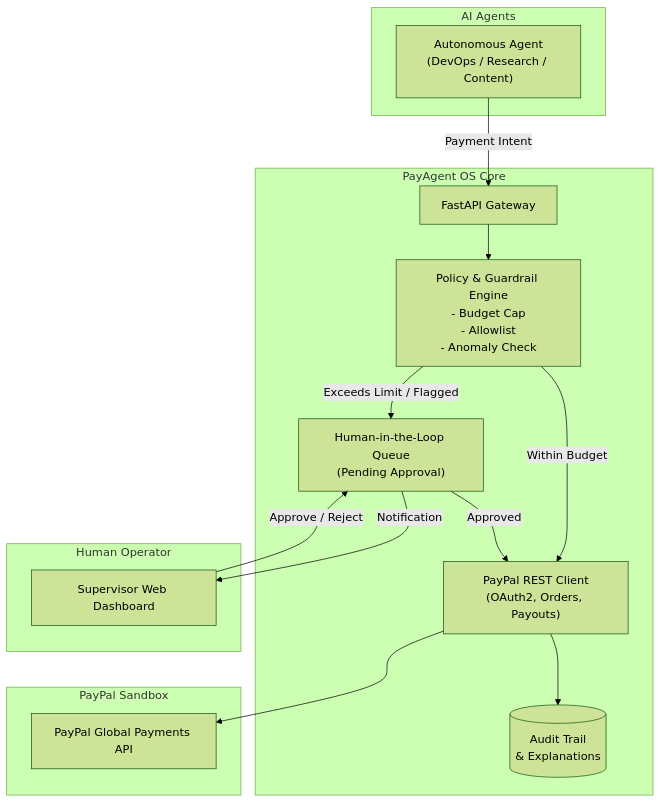
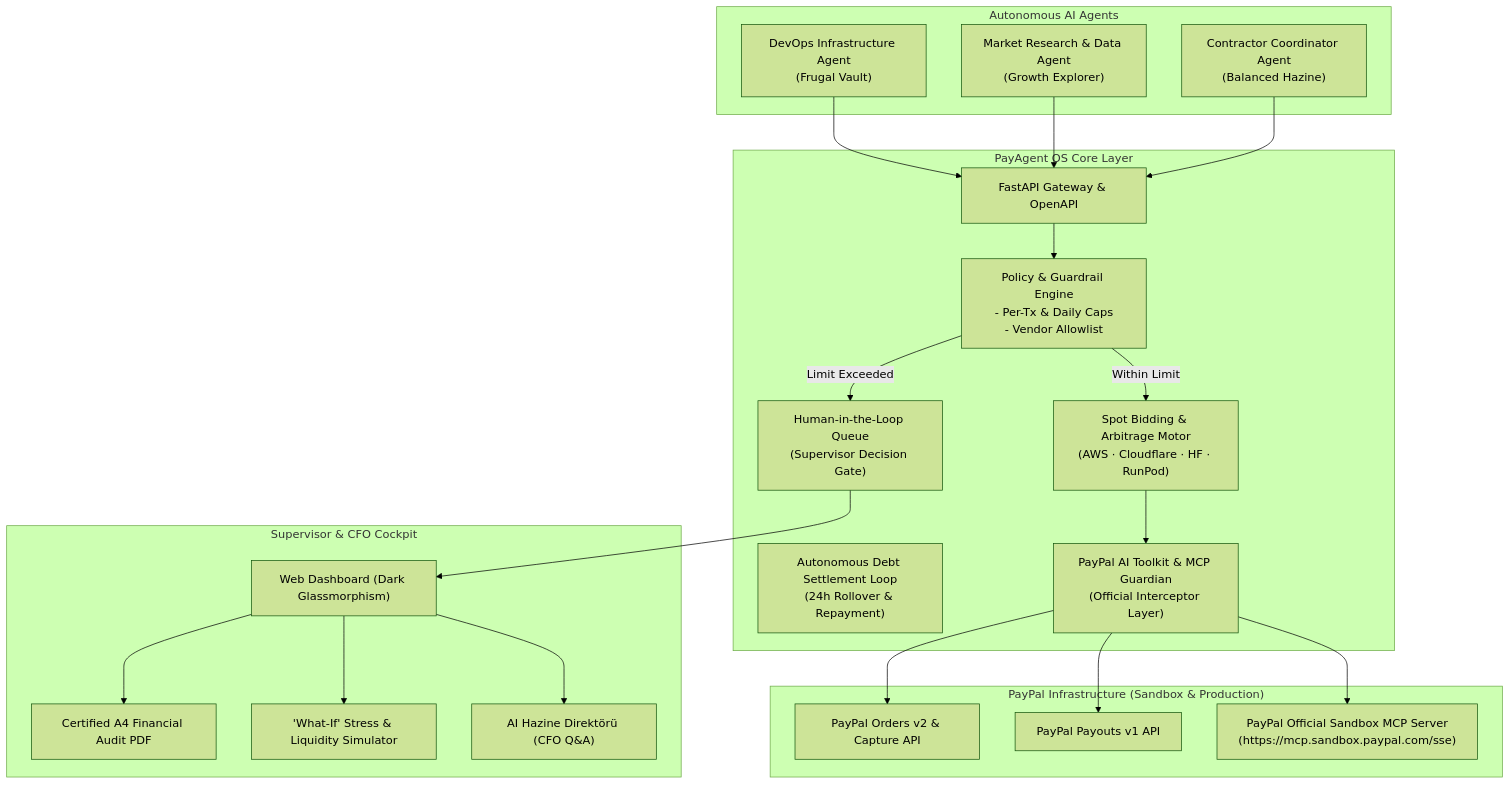
One commit to blosny/payagent-os changed the diagram in README.md. Above: the diagram before and after it, drawn with Mermaid (forest theme). The commit also changed other lines of this file and 4 other files, not shown here.

Commit message:
feat(ui): implement autonomous spot bidding desk, live market board, alpha capture & CI/CD pipeline (Phase 4 completed)

````diff
--- a/README.md
+++ b/README.md
@@ -40,32 +59,47 @@
 ```mermaid
 graph TD
-    subgraph "AI Agents"
-        Agent["Autonomous Agent\n(DevOps / Research / Content)"]
+    subgraph "Autonomous AI Agents"
+        AgentDevOps["DevOps Infrastructure Agent\n(Frugal Vault)"]
+        AgentResearch["Market Research & Data Agent\n(Growth Explorer)"]
+        AgentPayout["Contractor Coordinator Agent\n(Balanced Hazine)"]
     end
 
-    subgraph "PayAgent OS Core"
-        API["FastAPI Gateway"]
-        Policy["Policy & Guardrail Engine\n- Budget Cap\n- Allowlist\n- Anomaly Check"]
-        HITL["Human-in-the-Loop Queue\n(Pending Approval)"]
-        PayPalSvc["PayPal REST Client\n(OAuth2, Orders, Payouts)"]
-        Audit[("Audit Trail\n& Explanations")]
+    subgraph "PayAgent OS Core Layer"
+        APIGateway["FastAPI Gateway & OpenAPI"]
+        PolicyEngine["Policy & Guardrail Engine\n- Per-Tx & Daily Caps\n- Vendor Allowlist"]
+        HITL["Human-in-the-Loop Queue\n(Supervisor Decision Gate)"]
+        ArbitrageEngine["Spot Bidding & Arbitrage Motor\n(AWS · Cloudflare · HF · RunPod)"]
+        DebtLedger["Autonomous Debt Settlement Loop\n(24h Rollover & Repayment)"]
+        GuardianAdapter["PayPal AI Toolkit & MCP Guardian\n(Official Interceptor Layer)"]
     end
 
-    subgraph "PayPal Sandbox"
-        PayPalAPI["PayPal Global Payments API"]
+    subgraph "PayPal Infrastructure (Sandbox & Production)"
+        PayPalOrders["PayPal Orders v2 & Capture API"]
+        PayPalPayouts["PayPal Payouts v1 API"]
+        PayPalMCP["PayPal Official Sandbox MCP Server\n(https://mcp.sandbox.paypal.com/sse)"]
     end
 
-    subgraph "Human Operator"
-        Dashboard["Supervisor Web Dashboard"]
+    subgraph "Supervisor & CFO Cockpit"
+        Dashboard["Web Dashboard (Dark Glassmorphism)"]
+        ExecutivePDF["Certified A4 Financial Audit PDF"]
+        StressSim["'What-If' Stress & Liquidity Simulator"]
+        CFOCopilot["AI Hazine Direktörü (CFO Q&A)"]
     end
 
-    Agent -->|Payment Intent| API
-    API --> Policy
-    Policy -->|Within Budget| PayPalSvc
-    Policy -->|Exceeds Limit / Flagged| HITL
-    HITL -->|Notification| Dashboard
-    Dashboard -->|Approve / Reject| HITL
-    HITL -->|Approved| PayPalSvc
-    PayPalSvc --> PayPalAPI
-    PayPalSvc --> Audit
+    AgentDevOps --> APIGateway
+    AgentResearch --> APIGateway
+    AgentPayout --> APIGateway
+
+    APIGateway --> PolicyEngine
+    PolicyEngine -->|Within Limit| ArbitrageEngine
+    PolicyEngine -->|Limit Exceeded| HITL
+    HITL --> Dashboard
+    ArbitrageEngine --> GuardianAdapter
+    GuardianAdapter --> PayPalOrders
+    GuardianAdapter --> PayPalPayouts
+    GuardianAdapter --> PayPalMCP
+
+    Dashboard --> ExecutivePDF
+    Dashboard --> StressSim
+    Dashboard --> CFOCopilot
 ```
````
